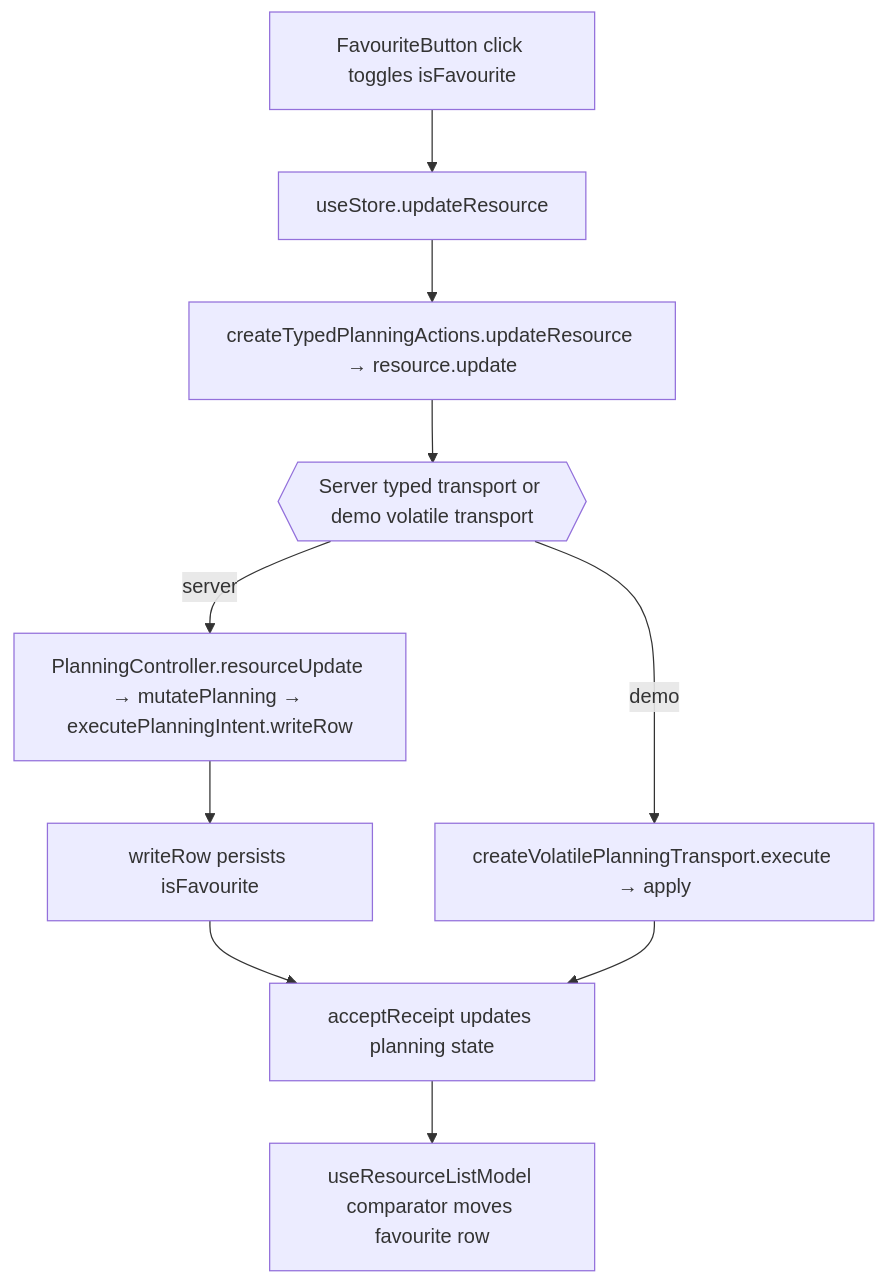
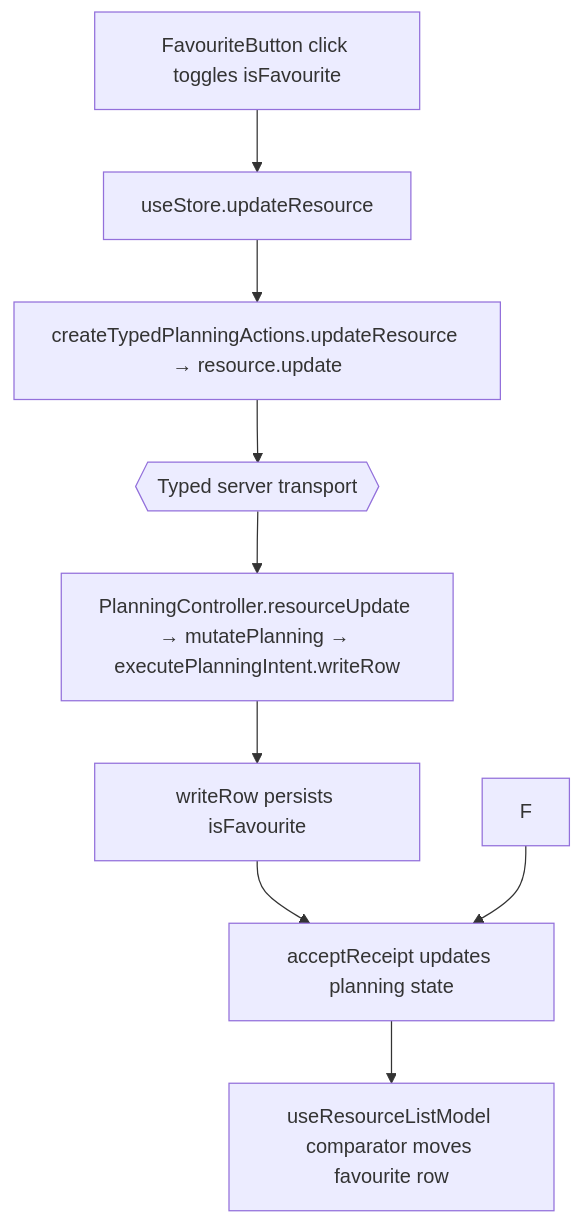
Before and after one commit to Kevinjohn/capacitylens: the second of 2 diagrams in user-stories/resources/US-RES-14-favourite-resource.md, drawn with Mermaid. The commit also changed other lines of this file and 343 other files, not shown here.

Commit message:
feat: use server-owned company planning and a disposable development demo

````diff
--- a/user-stories/resources/US-RES-14-favourite-resource.md
+++ b/user-stories/resources/US-RES-14-favourite-resource.md
@@ -27,10 +27,9 @@
 ```mermaid
 flowchart TD
   A["FavouriteButton click toggles isFavourite"] --> B["useStore.updateResource"] --> C["createTypedPlanningActions.updateResource → resource.update"]
-  C --> D{{"Server typed transport or demo volatile transport"}}
-  D -->|server| E["PlanningController.resourceUpdate → mutatePlanning → executePlanningIntent.writeRow"] --> E2["writeRow persists isFavourite"]
-  D -->|demo| F["createVolatilePlanningTransport.execute → apply"]
+  C --> D{{"Typed server transport"}}
+  D --> E["PlanningController.resourceUpdate → mutatePlanning → executePlanningIntent.writeRow"] --> E2["writeRow persists isFavourite"]
   E2 --> G["acceptReceipt updates planning state"]
   F --> G
   G --> H["useResourceListModel comparator moves favourite row"]
 ```
````
